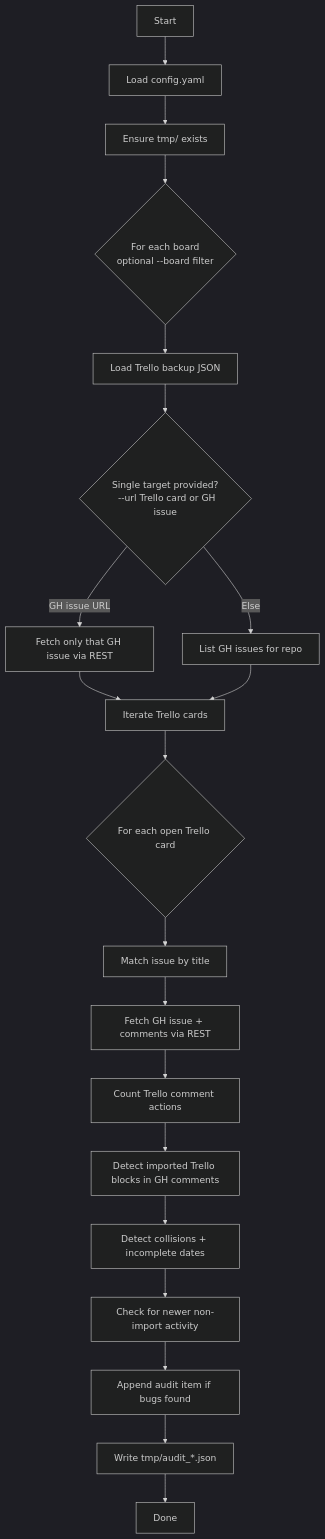
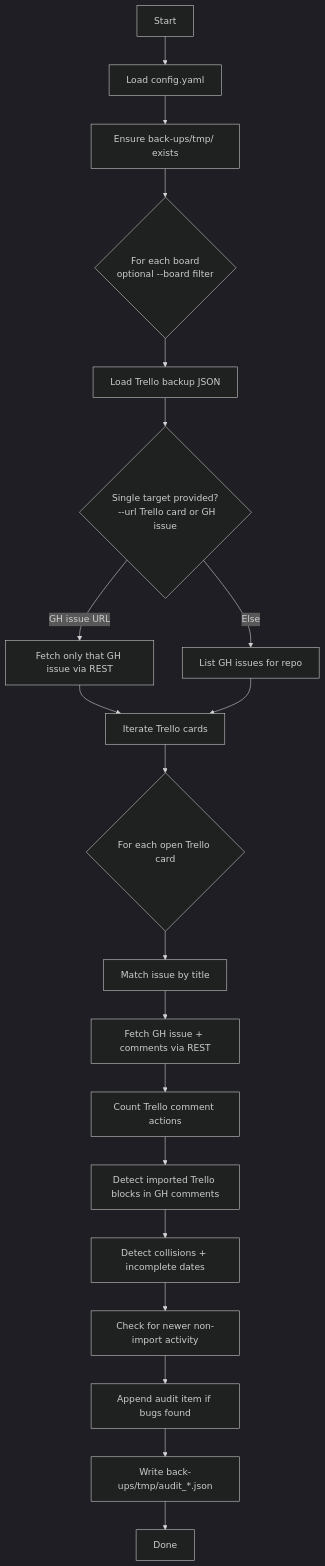
One commit to bmw-ece-ntust/trello-github-migration changed the diagram in docs/features/audit.md. Above: the diagram before and after it, drawn with Mermaid (dark theme). The commit also changed other lines of this file and 5 other files, not shown here.

````diff
--- a/docs/features/audit.md
+++ b/docs/features/audit.md
@@ -64,28 +64,28 @@
 ```mermaid
 flowchart TD
   A[Start] --> B[Load config.yaml]
-  B --> C[Ensure tmp/ exists]
+  B --> C[Ensure back-ups/tmp/ exists]
   C --> D{For each board
   optional --board filter}
 
   D --> E[Load Trello backup JSON]
   E --> F{Single target provided?
   --url Trello card or GH issue}
 
   F -- GH issue URL --> G[Fetch only that GH issue via REST]
   F -- Else --> H[List GH issues for repo]
 
   G --> I[Iterate Trello cards]
   H --> I
 
   I --> J{For each open Trello card}
   J --> K[Match issue by title]
   K --> L[Fetch GH issue + comments via REST]
   L --> M[Count Trello comment actions]
   M --> N[Detect imported Trello blocks in GH comments]
   N --> O[Detect collisions + incomplete dates]
   O --> P[Check for newer non-import activity]
   P --> Q[Append audit item if bugs found]
-  Q --> R[Write tmp/audit_*.json]
+  Q --> R[Write back-ups/tmp/audit_*.json]
   R --> S[Done]
 ```
````
